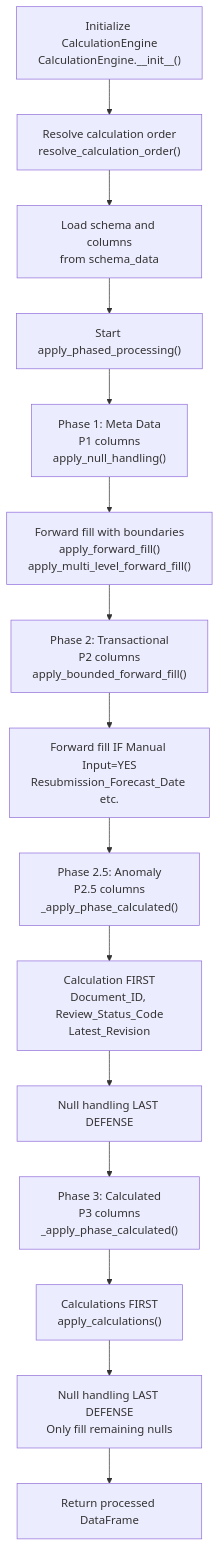
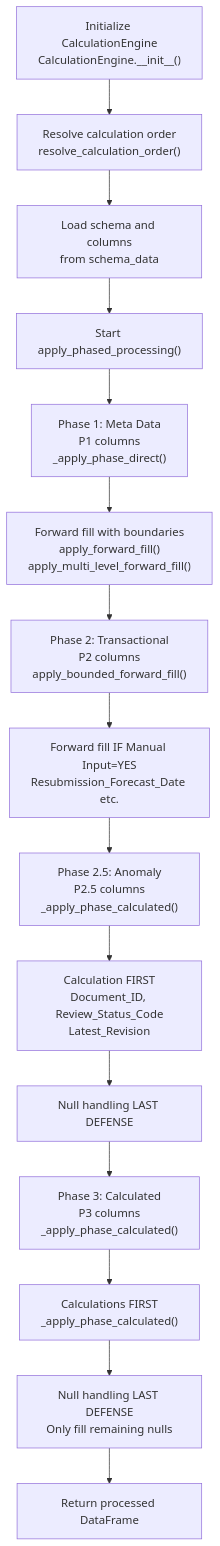
The diagram in dcc/workflow/processor_engine/readme.md (chinwarsoon/Engineering-and-Design), drawn with Mermaid before and after one commit. The commit also changed other lines of this file and 30 other files, not shown here.

````diff
--- a/dcc/workflow/processor_engine/readme.md
+++ b/dcc/workflow/processor_engine/readme.md
@@ -68,22 +68,22 @@
 ```mermaid
 flowchart TD
     A["Initialize CalculationEngine<br/>CalculationEngine.__init__()"] --> B["Resolve calculation order<br/>resolve_calculation_order()"]
     B --> C["Load schema and columns<br/>from schema_data"]
     C --> D["Start apply_phased_processing()"]
     
-    D --> E["Phase 1: Meta Data<br/>P1 columns<br/>apply_null_handling()"]
+    D --> E["Phase 1: Meta Data<br/>P1 columns<br/>_apply_phase_direct()"]
     E --> F["Forward fill with boundaries<br/>apply_forward_fill()<br/>apply_multi_level_forward_fill()"]
     
     F --> G["Phase 2: Transactional<br/>P2 columns<br/>apply_bounded_forward_fill()"]
     G --> H["Forward fill IF Manual Input=YES<br/>Resubmission_Forecast_Date etc."]
     
     H --> I["Phase 2.5: Anomaly<br/>P2.5 columns<br/>_apply_phase_calculated()"]
     I --> J["Calculation FIRST<br/>Document_ID, Review_Status_Code<br/>Latest_Revision"]
     J --> K["Null handling LAST DEFENSE"]
     
     K --> L["Phase 3: Calculated<br/>P3 columns<br/>_apply_phase_calculated()"]
-    L --> M["Calculations FIRST<br/>apply_calculations()"]
+    L --> M["Calculations FIRST<br/>_apply_phase_calculated()"]
     M --> N["Null handling LAST DEFENSE<br/>Only fill remaining nulls"]
     
     N --> O["Return processed DataFrame"]
 ```
````
